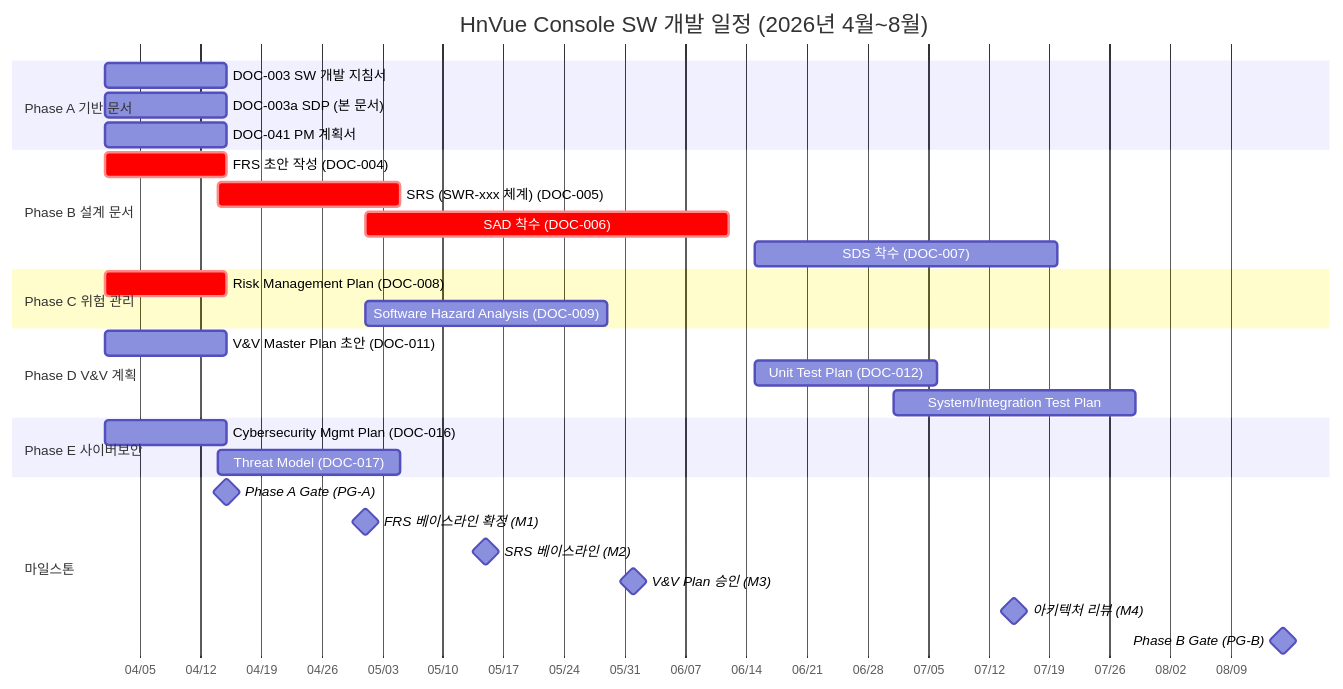
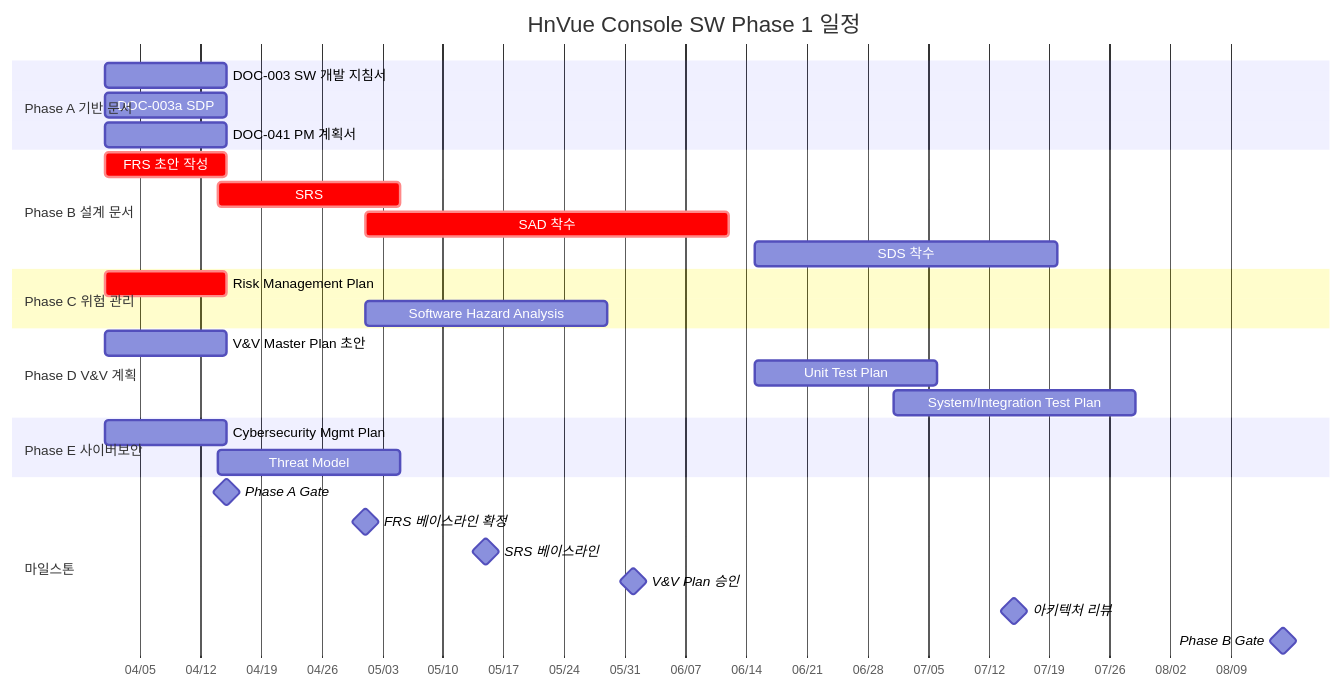
One commit to holee9/console-gui changed the third of 15 diagrams in docs/management/DOC-003a_SW_Development_Procedure_v1.0.md. Above: the diagram before and after it, drawn with Mermaid. The commit also changed 10 other files, not shown here.

First line of the commit message:
fix: Gantt 차트 전면 수정 + 버전 불일치 해소

````diff
--- a/docs/management/DOC-003a_SW_Development_Procedure_v1.0.md
+++ b/docs/management/DOC-003a_SW_Development_Procedure_v1.0.md
@@ -479,38 +479,39 @@
 ```mermaid
 gantt
-    title HnVue Console SW 개발 일정 (2026년 4월~8월)
+    title HnVue Console SW Phase 1 일정
     dateFormat  YYYY-MM-DD
     axisFormat  %m/%d
 
     section Phase A 기반 문서
     DOC-003 SW 개발 지침서             :a1, 2026-04-01, 2w
-    DOC-003a SDP (본 문서)              :a2, 2026-04-01, 2w
+    DOC-003a SDP              :a2, 2026-04-01, 2w
     DOC-041 PM 계획서                   :a3, 2026-04-01, 2w
 
     section Phase B 설계 문서
-    FRS 초안 작성 (DOC-004)            :crit, b1, 2026-04-01, 2w
-    SRS (SWR-xxx 체계) (DOC-005)       :crit, b2, 2026-04-14, 3w
-    SAD 착수 (DOC-006)                 :crit, b3, 2026-05-01, 6w
-    SDS 착수 (DOC-007)                 :b4, 2026-06-15, 5w
+    FRS 초안 작성            :crit, b1, 2026-04-01, 2w
+    SRS       :crit, b2, 2026-04-14, 3w
+    SAD 착수                 :crit, b3, 2026-05-01, 6w
+    SDS 착수                 :b4, 2026-06-15, 5w
 
     section Phase C 위험 관리
-    Risk Management Plan (DOC-008)     :crit, c1, 2026-04-01, 2w
-    Software Hazard Analysis (DOC-009) :c2, 2026-05-01, 4w
+    Risk Management Plan     :crit, c1, 2026-04-01, 2w
+    Software Hazard Analysis :c2, 2026-05-01, 4w
 
     section Phase D V&V 계획
-    V&V Master Plan 초안 (DOC-011)     :d1, 2026-04-01, 2w
-    Unit Test Plan (DOC-012)           :d2, 2026-06-15, 3w
+    V&V Master Plan 초안     :d1, 2026-04-01, 2w
+    Unit Test Plan           :d2, 2026-06-15, 3w
     System/Integration Test Plan       :d3, 2026-07-01, 4w
 
     section Phase E 사이버보안
-    Cybersecurity Mgmt Plan (DOC-016)  :e1, 2026-04-01, 2w
-    Threat Model (DOC-017)             :e2, 2026-04-14, 3w
+    Cybersecurity Mgmt Plan  :e1, 2026-04-01, 2w
+    Threat Model             :e2, 2026-04-14, 3w
 
     section 마일스톤
-    Phase A Gate (PG-A)                :milestone, mga, 2026-04-15, 0d
-    FRS 베이스라인 확정 (M1)           :milestone, m1, 2026-05-01, 0d
-    SRS 베이스라인 (M2)                :milestone, m2, 2026-05-15, 0d
-    V&V Plan 승인 (M3)                 :milestone, m3, 2026-06-01, 0d
-    아키텍처 리뷰 (M4)                 :milestone, m4, 2026-07-15, 0d
-    Phase B Gate (PG-B)                :milestone, mgb, 2026-08-15, 0d
+    Phase A Gate                :milestone, mga, 2026-04-15, 0d
+    FRS 베이스라인 확정           :milestone, m1, 2026-05-01, 0d
+    SRS 베이스라인                :milestone, m2, 2026-05-15, 0d
+    V&V Plan 승인                 :milestone, m3, 2026-06-01, 0d
+    아키텍처 리뷰                 :milestone, m4, 2026-07-15, 0d
+    Phase B Gate                :milestone, mgb, 2026-08-15, 0d
+
 ```
````
